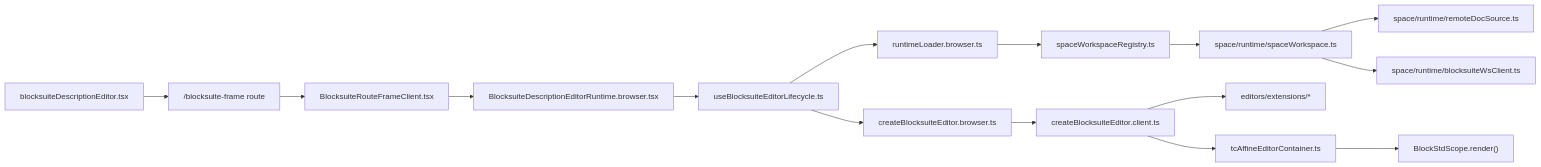
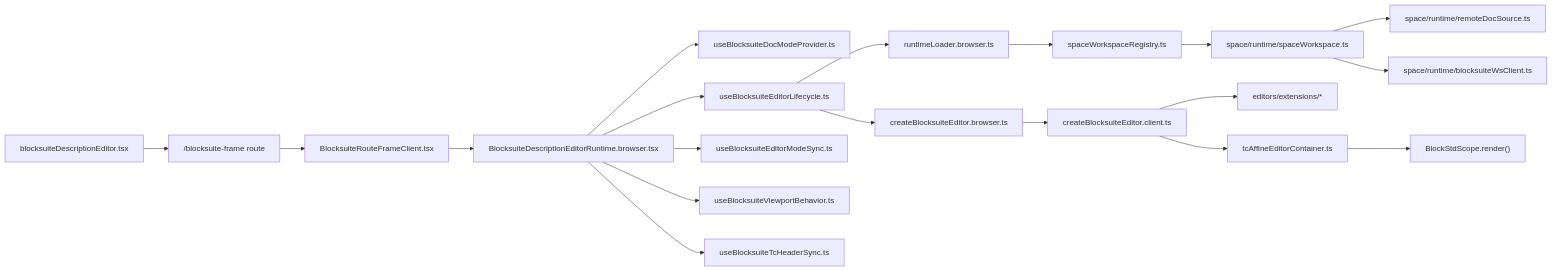
Before and after one commit to starrybamboo/tuan-chat-web: the second of 2 diagrams in app/components/chat/infra/blocksuite/doc/ARCHITECTURE-OVERVIEW.md, drawn with Mermaid. The commit also changed other lines of this file and 11 other files, not shown here.

Commit message:
refactor: decouple blocksuite runtime hooks

````diff
--- a/app/components/chat/infra/blocksuite/doc/ARCHITECTURE-OVERVIEW.md
+++ b/app/components/chat/infra/blocksuite/doc/ARCHITECTURE-OVERVIEW.md
@@ -31,17 +31,21 @@
 ```mermaid
 flowchart LR
     A["blocksuiteDescriptionEditor.tsx"] --> B["/blocksuite-frame route"]
     B --> C["BlocksuiteRouteFrameClient.tsx"]
     C --> D["BlocksuiteDescriptionEditorRuntime.browser.tsx"]
-    D --> E["useBlocksuiteEditorLifecycle.ts"]
-    E --> F["runtimeLoader.browser.ts"]
-    F --> G["spaceWorkspaceRegistry.ts"]
-    G --> H["space/runtime/spaceWorkspace.ts"]
-    H --> I["space/runtime/remoteDocSource.ts"]
-    H --> J["space/runtime/blocksuiteWsClient.ts"]
-    E --> K["createBlocksuiteEditor.browser.ts"]
-    K --> L["createBlocksuiteEditor.client.ts"]
-    L --> M["editors/extensions/*"]
-    L --> N["tcAffineEditorContainer.ts"]
-    N --> O["BlockStdScope.render()"]
+    D --> E["useBlocksuiteDocModeProvider.ts"]
+    D --> F["useBlocksuiteEditorLifecycle.ts"]
+    D --> G["useBlocksuiteEditorModeSync.ts"]
+    D --> H["useBlocksuiteViewportBehavior.ts"]
+    D --> I["useBlocksuiteTcHeaderSync.ts"]
+    F --> J["runtimeLoader.browser.ts"]
+    J --> K["spaceWorkspaceRegistry.ts"]
+    K --> L["space/runtime/spaceWorkspace.ts"]
+    L --> M["space/runtime/remoteDocSource.ts"]
+    L --> N["space/runtime/blocksuiteWsClient.ts"]
+    F --> O["createBlocksuiteEditor.browser.ts"]
+    O --> P["createBlocksuiteEditor.client.ts"]
+    P --> Q["editors/extensions/*"]
+    P --> R["tcAffineEditorContainer.ts"]
+    R --> S["BlockStdScope.render()"]
 ```
````
